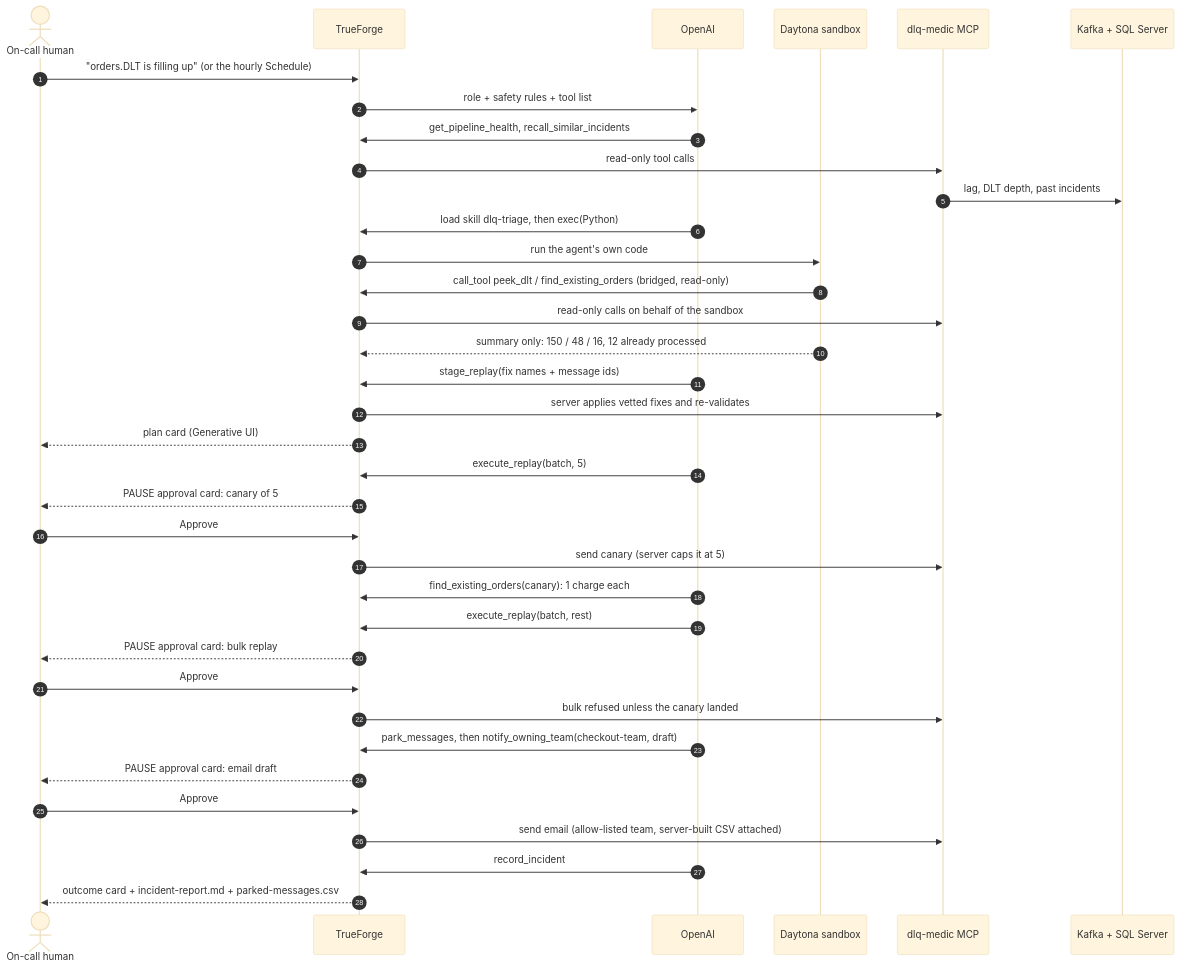
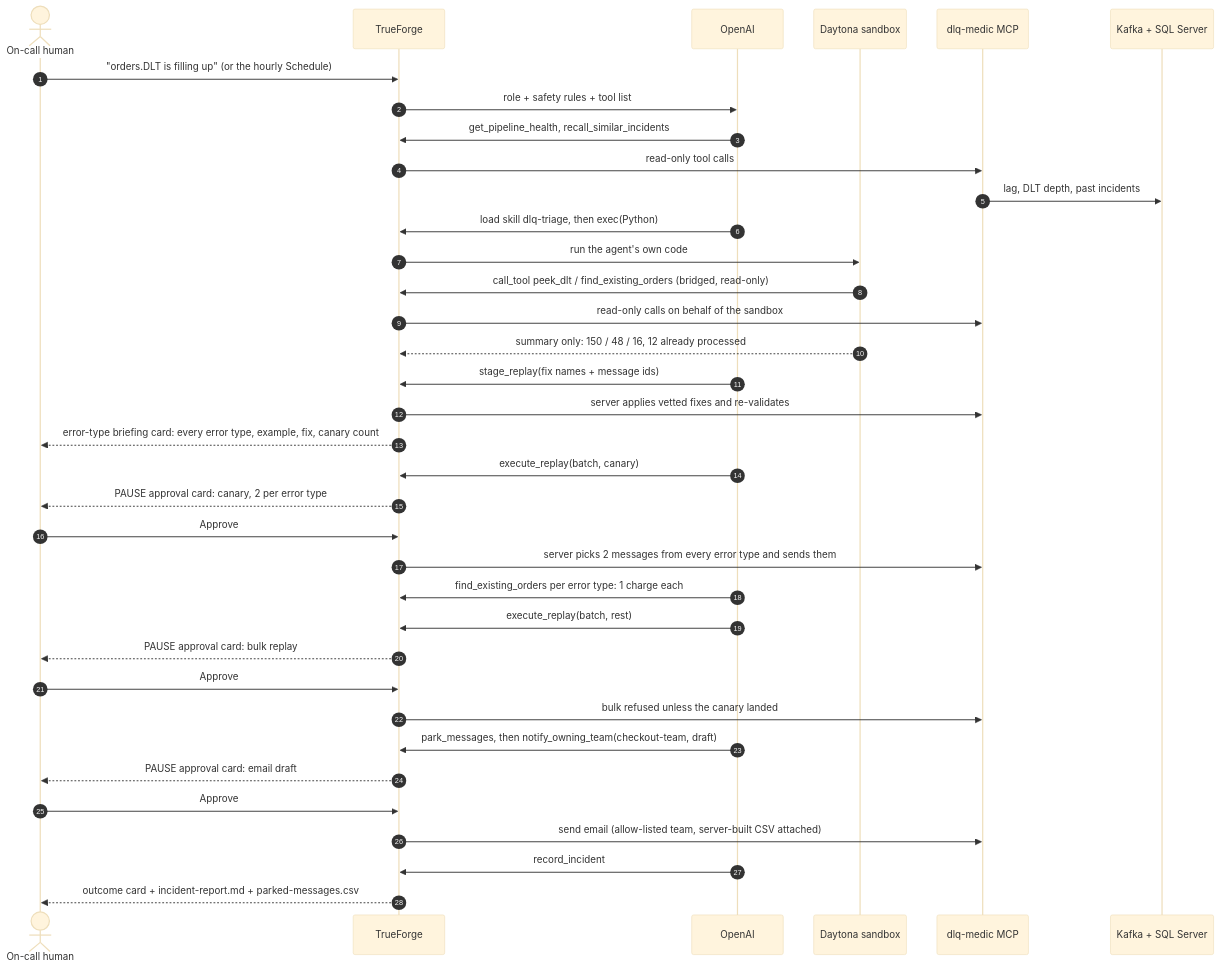
The second of 2 diagrams in README.md (akash-yadagouda/dlq-medic), drawn with Mermaid (base theme) before and after one commit. The commit also changed other lines of this file and 6 other files, not shown here.

First line of the commit message:
Canary per error type, and brief the developer on every error type first

````diff
--- a/README.md
+++ b/README.md
@@ -116,39 +116,39 @@
 ```mermaid
 sequenceDiagram
     autonumber
     actor Human as On-call human
     participant TF as TrueForge
     participant LLM as OpenAI
     participant SB as Daytona sandbox
     participant MCP as dlq-medic MCP
     participant SYS as Kafka + SQL Server
 
     Human->>TF: "orders.DLT is filling up" (or the hourly Schedule)
     TF->>LLM: role + safety rules + tool list
     LLM->>TF: get_pipeline_health, recall_similar_incidents
     TF->>MCP: read-only tool calls
     MCP->>SYS: lag, DLT depth, past incidents
     LLM->>TF: load skill dlq-triage, then exec(Python)
     TF->>SB: run the agent's own code
     SB->>TF: call_tool peek_dlt / find_existing_orders (bridged, read-only)
     TF->>MCP: read-only calls on behalf of the sandbox
     SB-->>TF: summary only: 150 / 48 / 16, 12 already processed
     LLM->>TF: stage_replay(fix names + message ids)
     TF->>MCP: server applies vetted fixes and re-validates
-    TF-->>Human: plan card (Generative UI)
-    LLM->>TF: execute_replay(batch, 5)
-    TF-->>Human: PAUSE approval card: canary of 5
+    TF-->>Human: error-type briefing card: every error type, example, fix, canary count
+    LLM->>TF: execute_replay(batch, canary)
+    TF-->>Human: PAUSE approval card: canary, 2 per error type
     Human->>TF: Approve
-    TF->>MCP: send canary (server caps it at 5)
-    LLM->>TF: find_existing_orders(canary): 1 charge each
+    TF->>MCP: server picks 2 messages from every error type and sends them
+    LLM->>TF: find_existing_orders per error type: 1 charge each
     LLM->>TF: execute_replay(batch, rest)
     TF-->>Human: PAUSE approval card: bulk replay
     Human->>TF: Approve
     TF->>MCP: bulk refused unless the canary landed
     LLM->>TF: park_messages, then notify_owning_team(checkout-team, draft)
     TF-->>Human: PAUSE approval card: email draft
     Human->>TF: Approve
     TF->>MCP: send email (allow-listed team, server-built CSV attached)
     LLM->>TF: record_incident
     TF-->>Human: outcome card + incident-report.md + parked-messages.csv
 ```
````
